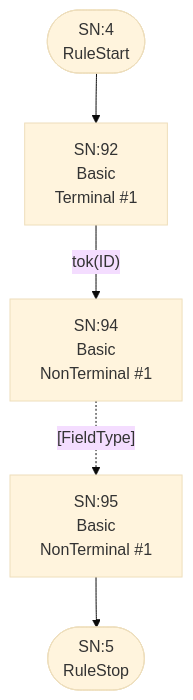
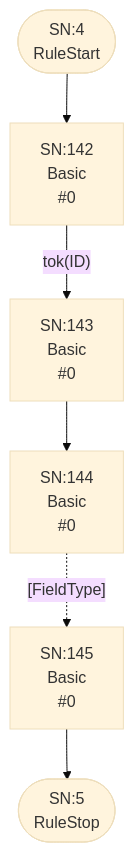
The third of 25 diagrams in internal/grammar/atn.md (TypeFox/fastbelt), drawn with Mermaid (base theme) before and after one commit. The commit also changed other lines of this file and 10 other files, not shown here.

````diff
--- a/internal/grammar/atn.md
+++ b/internal/grammar/atn.md
@@ -116,13 +111,15 @@
 ```mermaid
 flowchart TD
     q4(["SN:4<br/>RuleStart"])
     q5(["SN:5<br/>RuleStop"])
-    q92["SN:92<br/>Basic<br/>Terminal #1"]
-    q93["SN:94<br/>Basic<br/>NonTerminal #1"]
-    q94["SN:95<br/>Basic<br/>NonTerminal #1"]
+    q142["SN:142<br/>Basic<br/> #0"]
+    q143["SN:143<br/>Basic<br/> #0"]
+    q144["SN:144<br/>Basic<br/> #0"]
+    q145["SN:145<br/>Basic<br/> #0"]
 
-    q4 --> q92
-    q92 -->|"tok(ID)"| q93
-    q93 -.->|"[FieldType]"| q94
-    q94 --> q5
+    q4 --> q142
+    q142 -->|"tok(ID)"| q143
+    q143 --> q144
+    q144 -.->|"[FieldType]"| q145
+    q145 --> q5
 ```
````
